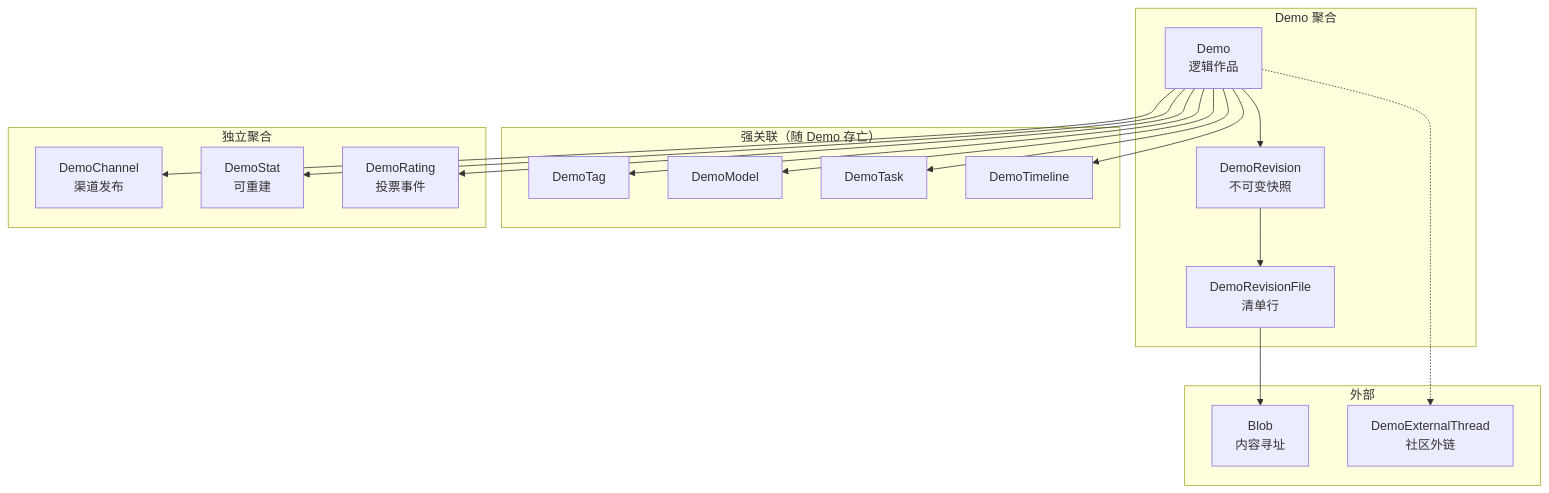
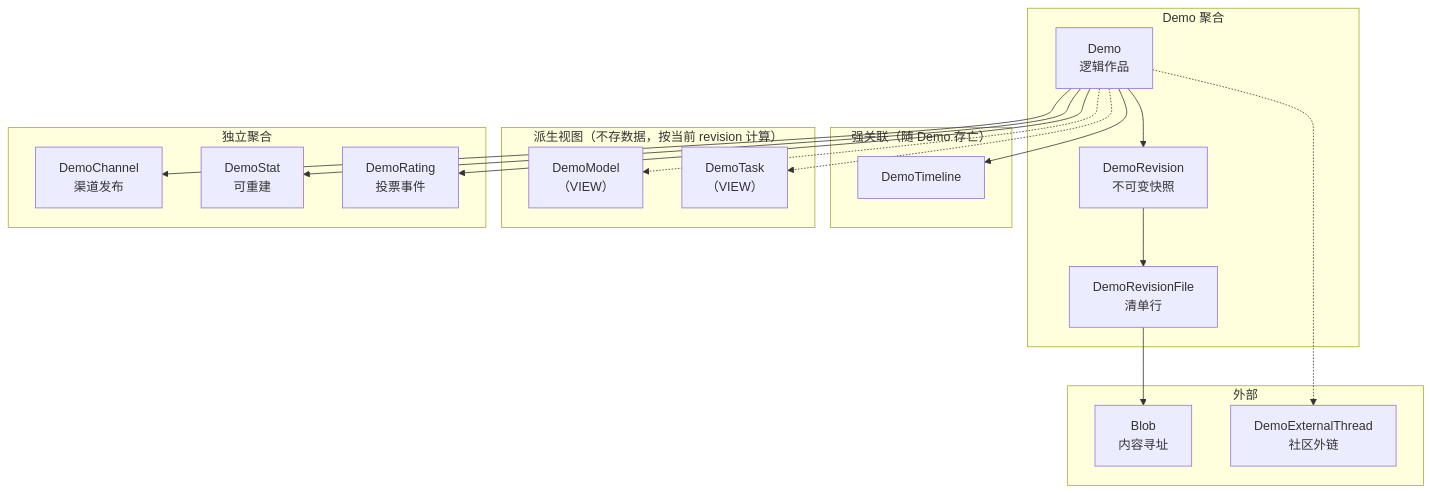
One commit to deepdemos/ds-demos-showcase changed the first of 16 diagrams in docs/Demo域设计.md. Above: the diagram before and after it, drawn with Mermaid. The commit also changed other lines of this file and 36 other files, not shown here.

````diff
--- a/docs/Demo域设计.md
+++ b/docs/Demo域设计.md
@@ -42,34 +72,34 @@
 ```mermaid
 flowchart TB
     subgraph 聚合["Demo 聚合"]
         D["Demo<br/>逻辑作品"]
         R["DemoRevision<br/>不可变快照"]
         F["DemoRevisionFile<br/>清单行"]
         D --> R
         R --> F
     end
     subgraph 强关联["强关联（随 Demo 存亡）"]
-        DT["DemoTag"]
-        DM["DemoModel"]
-        DTask["DemoTask"]
         TL["DemoTimeline"]
+    end
+    subgraph 派生["派生视图（不存数据，按当前 revision 计算）"]
+        DM["DemoModel<br/>（VIEW）"]
+        DTask["DemoTask<br/>（VIEW）"]
     end
     subgraph 独立聚合["独立聚合"]
         C["DemoChannel<br/>渠道发布"]
         S["DemoStat<br/>可重建"]
         RT["DemoRating<br/>投票事件"]
     end
     subgraph 外部["外部"]
         B["Blob<br/>内容寻址"]
         X["DemoExternalThread<br/>社区外链"]
     end
-    D --> DT
-    D --> DM
-    D --> DTask
     D --> TL
+    D -.-> DM
+    D -.-> DTask
     D --> C
     D --> S
     D --> RT
     F --> B
     D -.-> X
 ```
````
